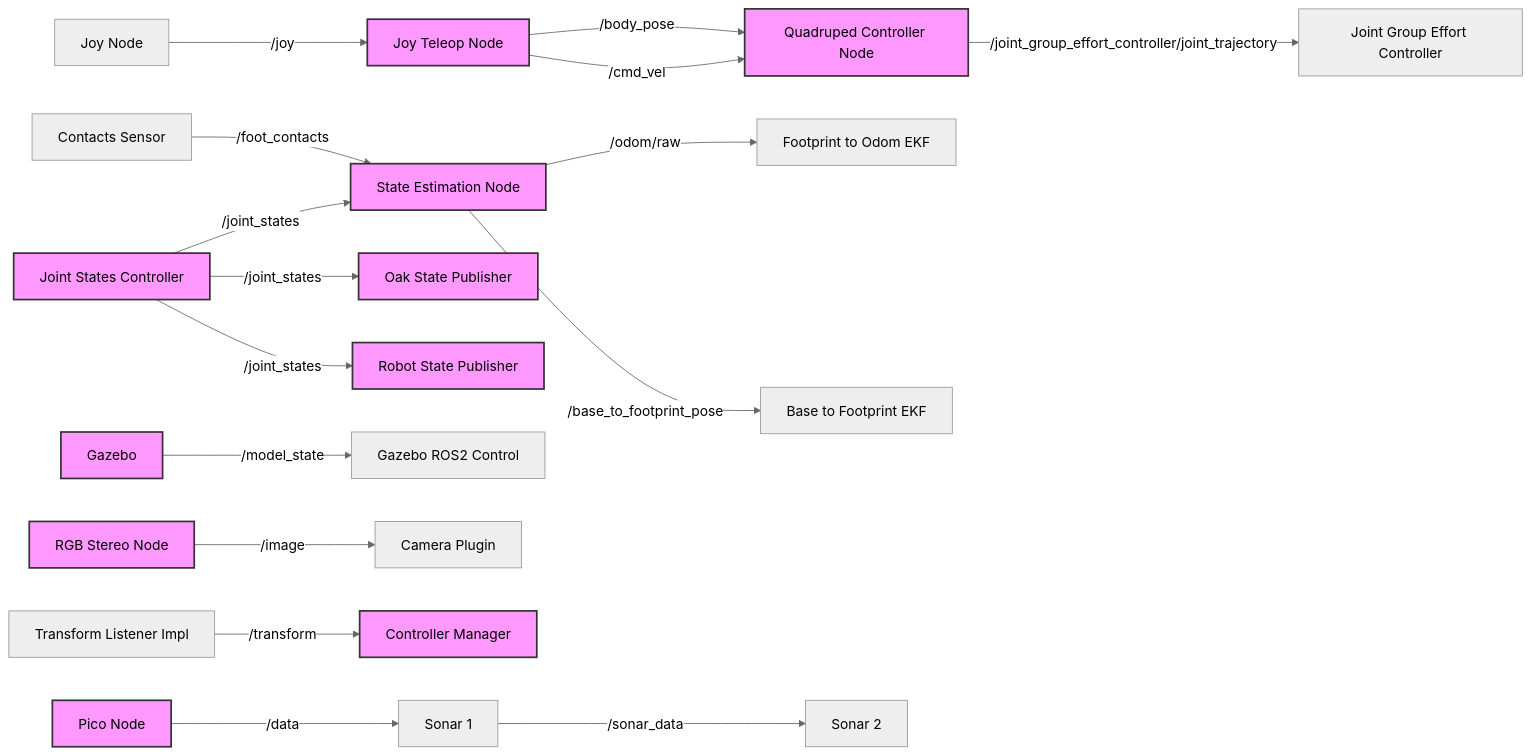
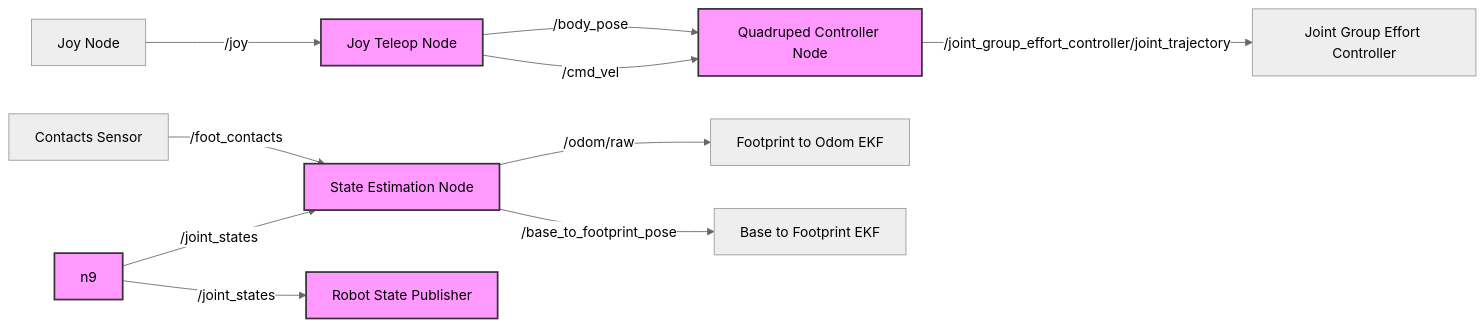
The fourth of 4 diagrams in README.md (TheoTime01/Spok--Boston-Dynamics-Spot-inspired-robot), drawn with Mermaid (neutral theme) before and after one commit.

````diff
--- a/README.md
+++ b/README.md
@@ -194,21 +194,15 @@
 ```mermaid
 graph LR
     n1[Joy Teleop Node] -- /body_pose --> n2[Quadruped Controller Node]
     n1 -- /cmd_vel --> n2
     n3[Contacts Sensor] -- /foot_contacts --> n4[State Estimation Node]
     n2 -- /joint_group_effort_controller/joint_trajectory --> n5[Joint Group Effort Controller]
     n6[Joy Node] -- /joy --> n1
     n4 -- /odom/raw --> n7[Footprint to Odom EKF]
     n4 -- /base_to_footprint_pose --> n8[Base to Footprint EKF]
-    n9[Joint States Controller] -- /joint_states --> n10[Oak State Publisher]
     n9 -- /joint_states --> n4
     n9 -- /joint_states --> n11[Robot State Publisher]
-    n12[Gazebo] -- /model_state --> n13[Gazebo ROS2 Control]
-    n14[RGB Stereo Node] -- /image --> n15[Camera Plugin]
-    n16[Transform Listener Impl] -- /transform --> n17[Controller Manager]
-    n18[Pico Node] -- /data --> n19[Sonar 1]
-    n19 -- /sonar_data --> n20[Sonar 2]
 
     classDef nodeStyle fill:#f9f,stroke:#333,stroke-width:2px;
     class n1,n2,n4,n9,n10,n11,n12,n14,n17,n18 nodeStyle;
 ```
````
